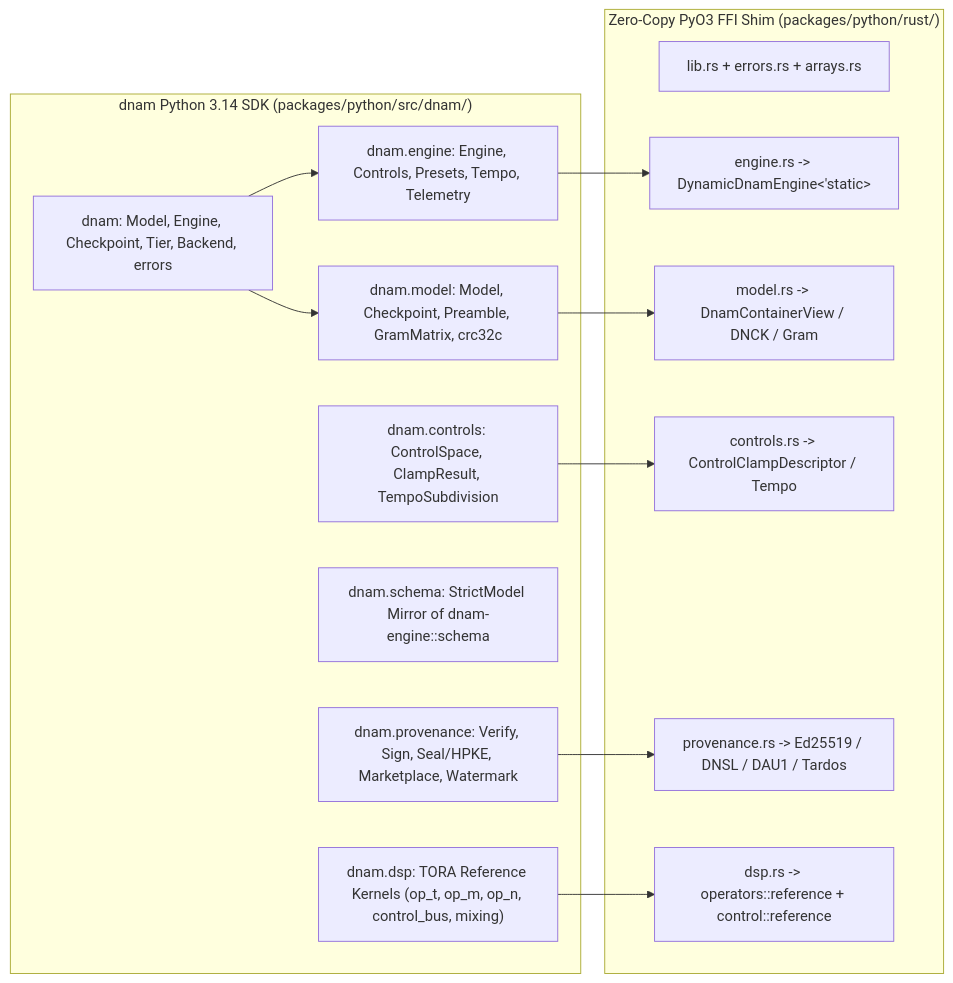
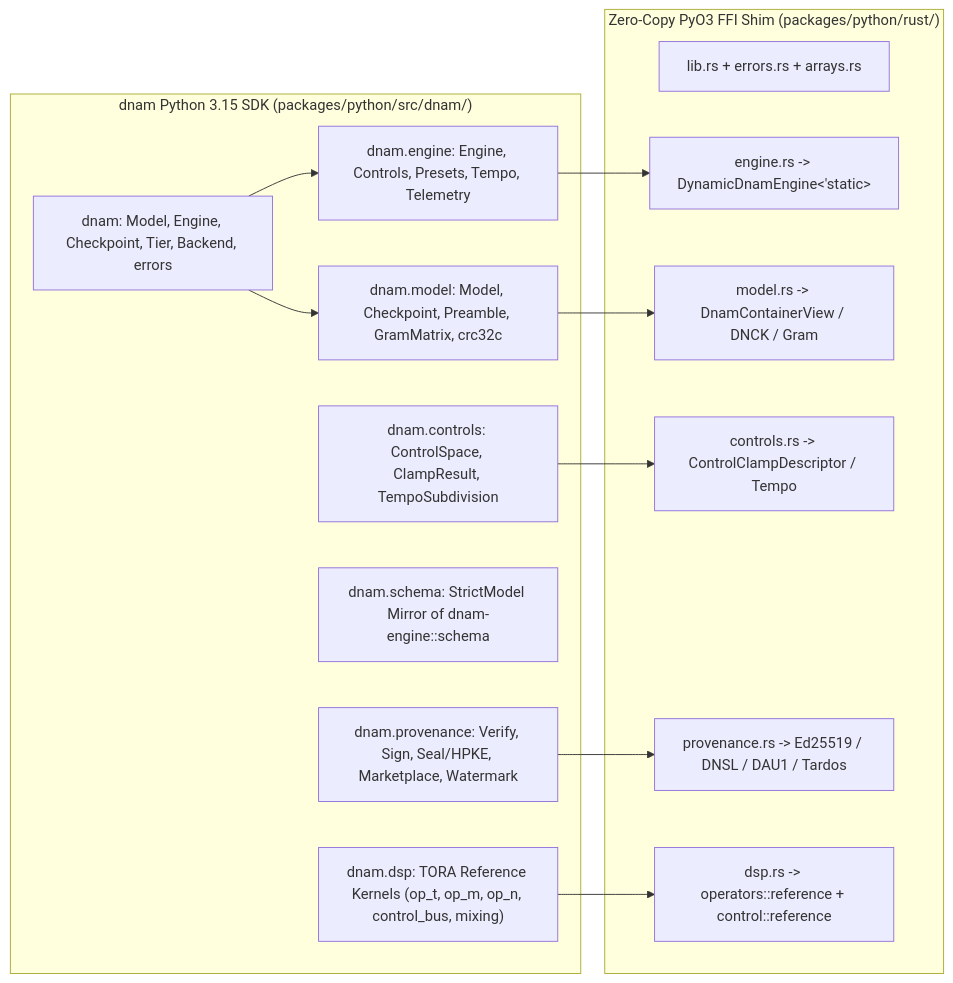
One commit to dnam-project/dnam changed the diagram in docs/specs/sdks/python_sdk.md. Above: the diagram before and after it, drawn with Mermaid. The commit also changed other lines of this file and 59 other files, not shown here.

````diff
--- a/docs/specs/sdks/python_sdk.md
+++ b/docs/specs/sdks/python_sdk.md
@@ -39,28 +40,28 @@
 ```mermaid
 flowchart LR
-    subgraph PySDK ["dnam Python 3.14 SDK (packages/python/src/dnam/)"]
+    subgraph PySDK ["dnam Python 3.15 SDK (packages/python/src/dnam/)"]
         Top["dnam: Model, Engine, Checkpoint, Tier, Backend, errors"]
         Mod["dnam.model: Model, Checkpoint, Preamble, GramMatrix, crc32c"]
         Eng["dnam.engine: Engine, Controls, Presets, Tempo, Telemetry"]
         Ctrl["dnam.controls: ControlSpace, ClampResult, TempoSubdivision"]
         Sch["dnam.schema: StrictModel Mirror of dnam-engine::schema"]
         Prov["dnam.provenance: Verify, Sign, Seal/HPKE, Marketplace, Watermark"]
         Dsp["dnam.dsp: TORA Reference Kernels (op_t, op_m, op_n, control_bus, mixing)"]
     end
 
     subgraph Native ["Zero-Copy PyO3 FFI Shim (packages/python/rust/)"]
         NCore["lib.rs + errors.rs + arrays.rs"]
         NEng["engine.rs -> DynamicDnamEngine<'static>"]
         NMod["model.rs -> DnamContainerView / DNCK / Gram"]
         NCtrl["controls.rs -> ControlClampDescriptor / Tempo"]
         NProv["provenance.rs -> Ed25519 / DNSL / DAU1 / Tardos"]
         NDsp["dsp.rs -> operators::reference + control::reference"]
     end
 
     Top --> Mod & Eng
     Mod --> NMod
     Eng --> NEng
     Ctrl --> NCtrl
     Prov --> NProv
     Dsp --> NDsp
 ```
````
